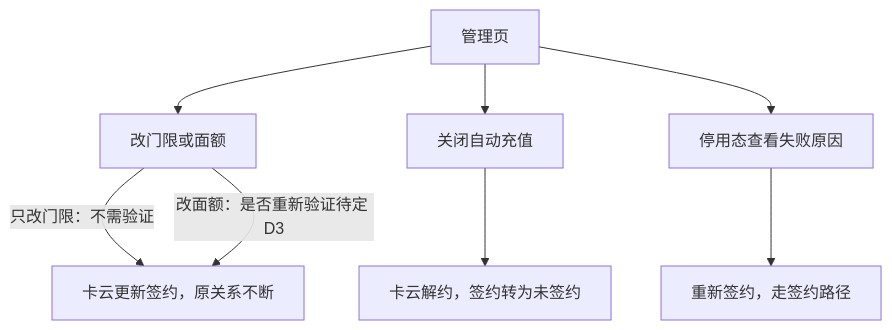
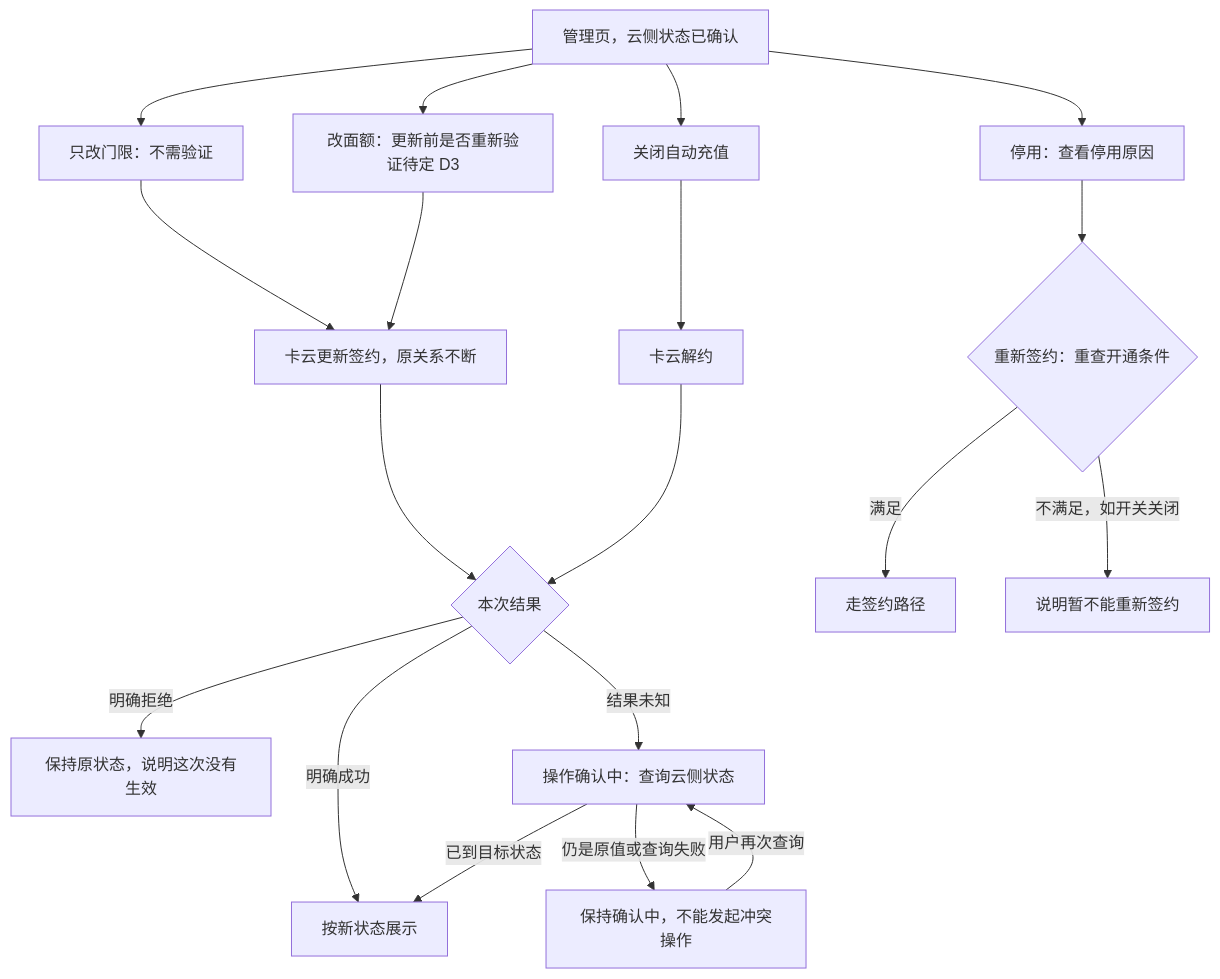
Before and after one commit to sqsqsq/SimulatedWalletForHmos: the third of 6 diagrams in doc/plan/1.9.9/金样候选/auto-topup/AR/story.md, drawn with Mermaid. The commit also changed other lines of this file and 20 other files, not shown here.

````diff
--- a/doc/plan/1.9.9/金样候选/auto-topup/AR/story.md
+++ b/doc/plan/1.9.9/金样候选/auto-topup/AR/story.md
@@ -226,12 +246,23 @@
 ```mermaid
 %% 图源 SR §1 #2
 %% 图源 spec §5.2 #1
 flowchart TD
-  M[管理页] --> N[改门限或面额]
+  M[管理页，云侧状态已确认] --> N1[只改门限：不需验证]
+  M --> N2[改面额：更新前是否重新验证待定 D3]
   M --> O[关闭自动充值]
-  M --> P[停用态查看失败原因]
-  N -->|只改门限：不需验证| Q[卡云更新签约，原关系不断]
-  N -->|改面额：是否重新验证待定 D3| Q
-  O --> R[卡云解约，签约转为未签约]
-  P --> S[重新签约，走签约路径]
+  M --> P[停用：查看停用原因]
+  N1 --> UP[卡云更新签约，原关系不断]
+  N2 --> UP
+  O --> CC[卡云解约]
+  UP --> RS{本次结果}
+  CC --> RS
+  RS -->|明确成功| OK[按新状态展示]
+  RS -->|明确拒绝| NO[保持原状态，说明这次没有生效]
+  RS -->|结果未知| PD[操作确认中：查询云侧状态]
+  PD -->|已到目标状态| OK
+  PD -->|仍是原值或查询失败| WT[保持确认中，不能发起冲突操作]
+  WT -->|用户再次查询| PD
+  P --> RE{重新签约：重查开通条件}
+  RE -->|满足| SG[走签约路径]
+  RE -->|不满足，如开关关闭| NA[说明暂不能重新签约]
 ```
````
